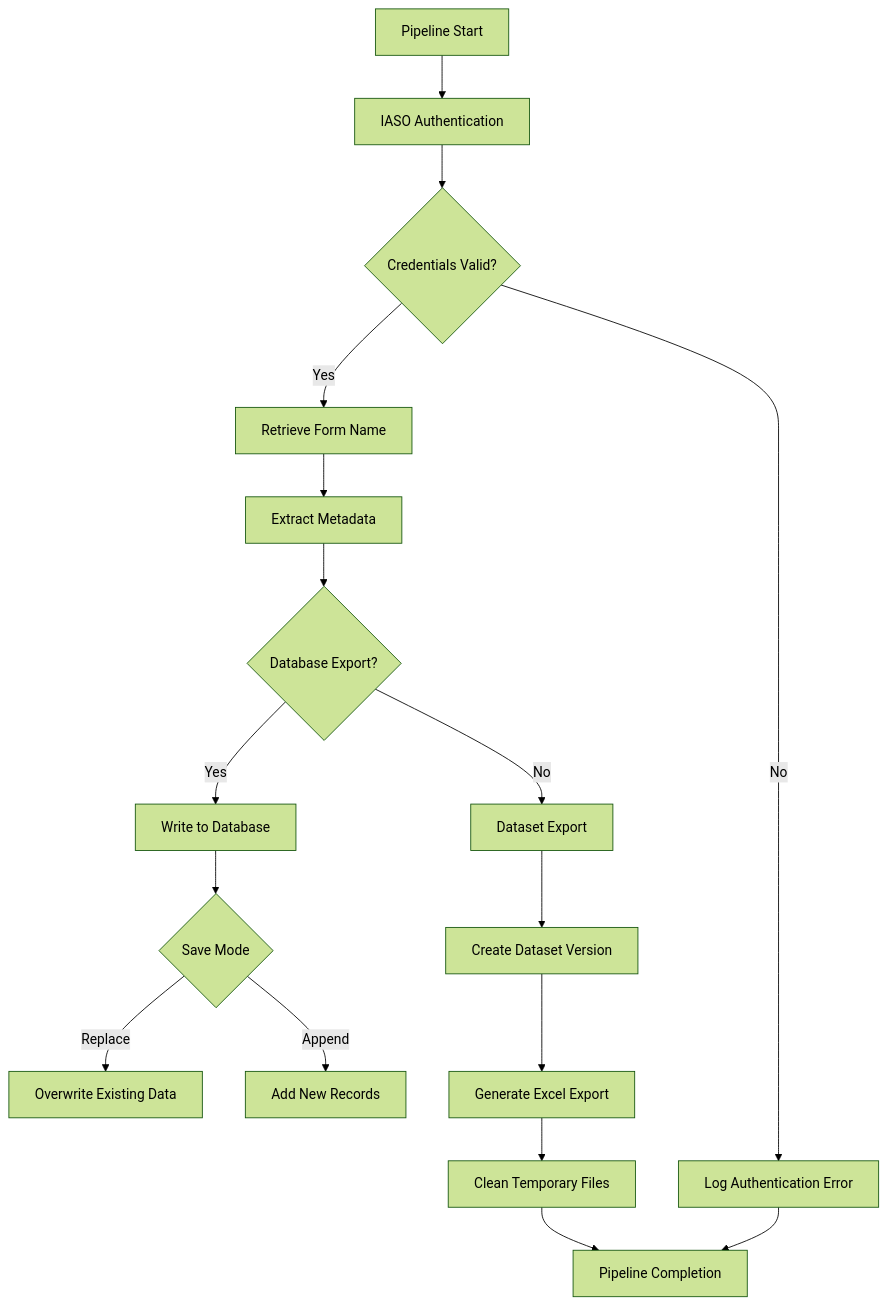
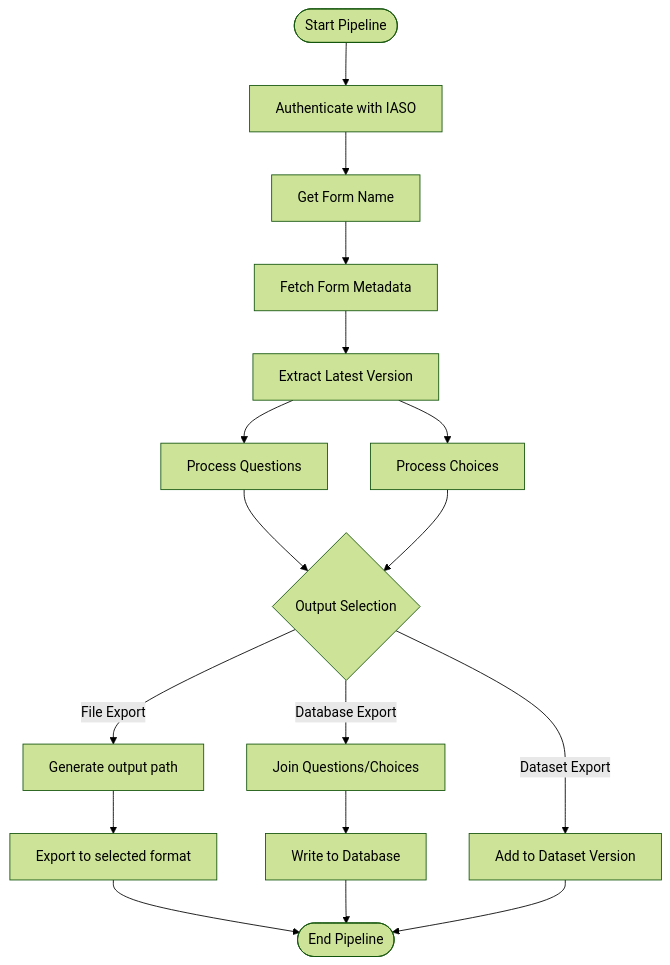
The diagram in iaso_extract_metadata/Readme.md (aanoble/openhexa-pipelines-iaso), drawn with Mermaid (forest theme) before and after one commit. The commit also changed other lines of this file and 1 other file, not shown here.

Commit message:
fix(iaso_extract_metadata): update readme.md file to latest version of pipelines

````diff
--- a/iaso_extract_metadata/Readme.md
+++ b/iaso_extract_metadata/Readme.md
@@ -60,19 +30,19 @@
 ```mermaid
-flowchart TD
-    A[Pipeline Start] --> B[IASO Authentication]
-    B --> C{Credentials Valid?}
-    C -->|Yes| D[Retrieve Form Name]
-    C -->|No| E[Log Authentication Error]
-    D --> F[Extract Metadata]
-    F --> G{Database Export?}
-    G -->|Yes| H[Write to Database]
-    G -->|No| I[Dataset Export]
-    H --> J{Save Mode}
-    J -->|Replace| K[Overwrite Existing Data]
-    J -->|Append| L[Add New Records]
-    I --> M[Create Dataset Version]
-    M --> N[Generate Excel Export]
-    N --> O[Clean Temporary Files]
-    O --> P[Pipeline Completion]
-    E --> P
+graph TD
+    A([Start Pipeline]) --> B[Authenticate with IASO]
+    B --> C[Get Form Name]
+    C --> D[Fetch Form Metadata]
+    D --> E[Extract Latest Version]
+    E --> F[Process Questions]
+    E --> G[Process Choices]
+    F --> H{Output Selection}
+    G --> H
+    H -->|File Export| I[Generate output path]
+    I --> J[Export to selected format]
+    H -->|Database Export| K[Join Questions/Choices]
+    K --> L[Write to Database]
+    H -->|Dataset Export| M[Add to Dataset Version]
+    J --> N([End Pipeline])
+    L --> N
+    M --> N
 ```
````
